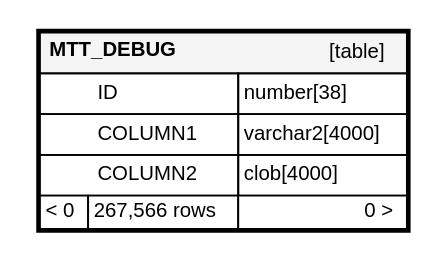
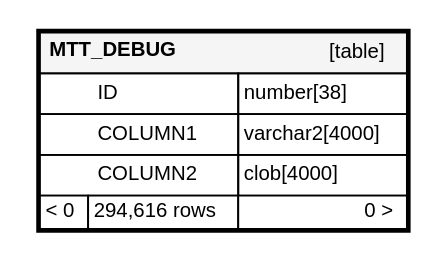
The diagram in schema-spy-report/diagrams/orphans/MTT_DEBUG.1degree.dot (ministryofjustice/hmpps-probation-integration-services), drawn with Graphviz before and after one commit. The commit also changed 96 other files, not shown here.

```diff
--- a/schema-spy-report/diagrams/orphans/MTT_DEBUG.1degree.dot
+++ b/schema-spy-report/diagrams/orphans/MTT_DEBUG.1degree.dot
@@ -1,32 +1,32 @@
 digraph "MTT_DEBUG" {
   graph [
     rankdir="RL"
     bgcolor="#ffffff"
     nodesep="0.18"
     ranksep="0.46"
     fontname="Helvetica"
     fontsize="11"
     ration="compress"
   ];
   node [
     fontname="Helvetica"
     fontsize="11"
     shape="plaintext"
   ];
   edge [
     arrowsize="0.8"
   ];
   "MTT_DEBUG" [
    label=<
     <TABLE BORDER="2" CELLBORDER="1" CELLSPACING="0" BGCOLOR="#ffffff">
       <TR><TD COLSPAN="4"  BGCOLOR="#f5f5f5"><TABLE BORDER="0" CELLSPACING="0"><TR><TD ALIGN="LEFT"><B>MTT_DEBUG</B></TD><TD ALIGN="RIGHT">[table]</TD></TR></TABLE></TD></TR>
       <TR><TD PORT="ID" COLSPAN="2" ALIGN="LEFT"><TABLE BORDER="0" CELLSPACING="0" ALIGN="LEFT"><TR ALIGN="LEFT"><TD ALIGN="LEFT" FIXEDSIZE="TRUE" WIDTH="15" HEIGHT="16"></TD><TD ALIGN="LEFT" FIXEDSIZE="TRUE" WIDTH="65" HEIGHT="16">ID</TD></TR></TABLE></TD><TD PORT="ID.type" ALIGN="LEFT">number[38]</TD></TR>
       <TR><TD PORT="COLUMN1" COLSPAN="2" ALIGN="LEFT"><TABLE BORDER="0" CELLSPACING="0" ALIGN="LEFT"><TR ALIGN="LEFT"><TD ALIGN="LEFT" FIXEDSIZE="TRUE" WIDTH="15" HEIGHT="16"></TD><TD ALIGN="LEFT" FIXEDSIZE="TRUE" WIDTH="65" HEIGHT="16">COLUMN1</TD></TR></TABLE></TD><TD PORT="COLUMN1.type" ALIGN="LEFT">varchar2[4000]</TD></TR>
       <TR><TD PORT="COLUMN2" COLSPAN="2" ALIGN="LEFT"><TABLE BORDER="0" CELLSPACING="0" ALIGN="LEFT"><TR ALIGN="LEFT"><TD ALIGN="LEFT" FIXEDSIZE="TRUE" WIDTH="15" HEIGHT="16"></TD><TD ALIGN="LEFT" FIXEDSIZE="TRUE" WIDTH="65" HEIGHT="16">COLUMN2</TD></TR></TABLE></TD><TD PORT="COLUMN2.type" ALIGN="LEFT">clob[4000]</TD></TR>
-      <TR><TD ALIGN="LEFT" BGCOLOR="#ffffff">&lt; 0</TD><TD ALIGN="RIGHT" BGCOLOR="#ffffff">267,566 rows</TD><TD ALIGN="RIGHT" BGCOLOR="#ffffff">0 &gt;</TD></TR>
+      <TR><TD ALIGN="LEFT" BGCOLOR="#ffffff">&lt; 0</TD><TD ALIGN="RIGHT" BGCOLOR="#ffffff">294,616 rows</TD><TD ALIGN="RIGHT" BGCOLOR="#ffffff">0 &gt;</TD></TR>
     </TABLE>>
     URL="../../tables/MTT_DEBUG.html"
     target="_top"
     tooltip="MTT_DEBUG"
   ];
 }
```
